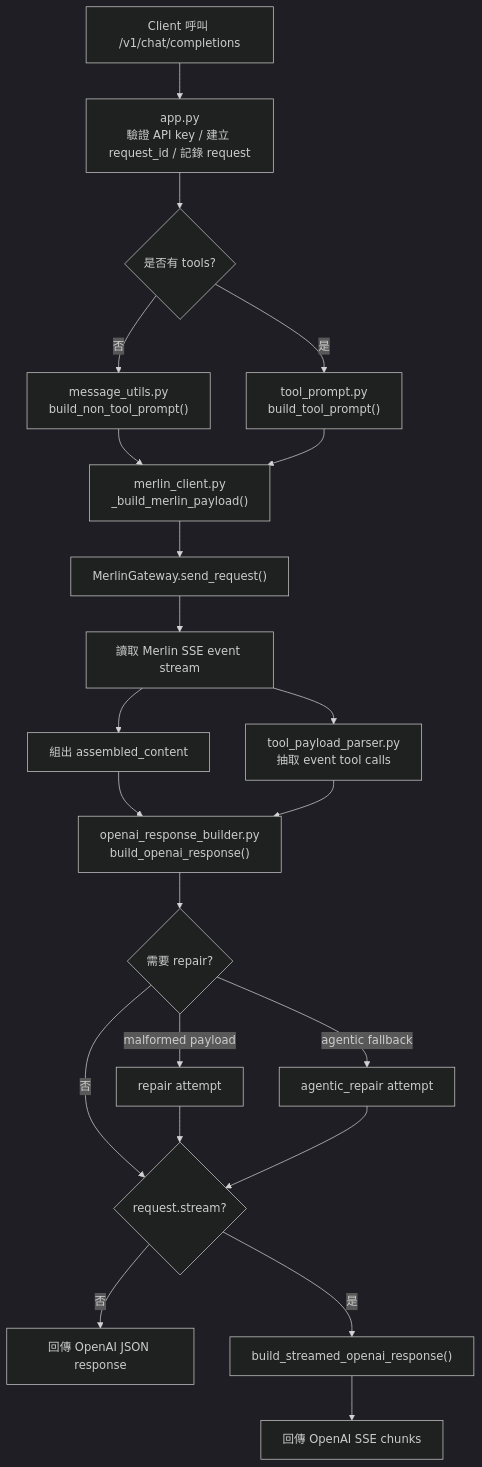
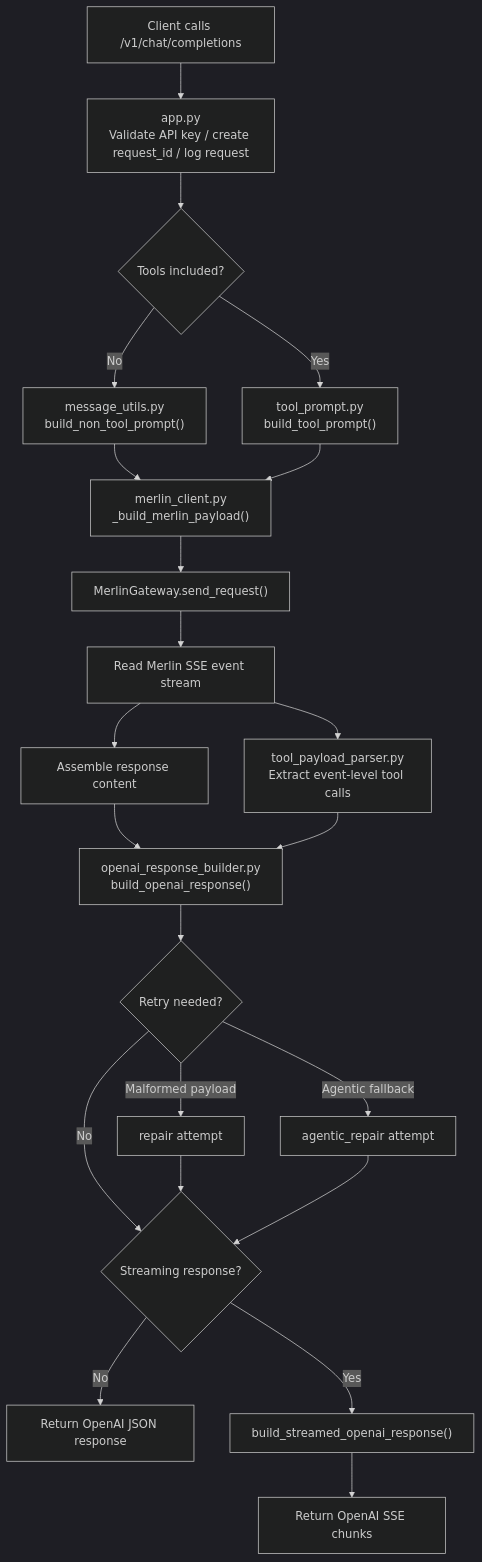
One commit to bigtongue5566/merlinai-adapter-server changed the diagram in docs/architecture-flow.md. Above: the diagram before and after it, drawn with Mermaid (dark theme). The commit also changed other lines of this file and 5 other files, not shown here.

````diff
--- a/docs/architecture-flow.md
+++ b/docs/architecture-flow.md
@@ -28,30 +26,30 @@
 ```mermaid
 flowchart TD
-    A["Client 呼叫 /v1/chat/completions"] --> B["app.py<br/>驗證 API key / 建立 request_id / 記錄 request"]
-    B --> C{"是否有 tools?"}
+    A["Client calls /v1/chat/completions"] --> B["app.py<br/>Validate API key / create request_id / log request"]
+    B --> C{"Tools included?"}
 
-    C -->|否| D["message_utils.py<br/>build_non_tool_prompt()"]
-    C -->|是| E["tool_prompt.py<br/>build_tool_prompt()"]
+    C -->|No| D["message_utils.py<br/>build_non_tool_prompt()"]
+    C -->|Yes| E["tool_prompt.py<br/>build_tool_prompt()"]
 
     D --> F["merlin_client.py<br/>_build_merlin_payload()"]
     E --> F
 
     F --> G["MerlinGateway.send_request()"]
-    G --> H["讀取 Merlin SSE event stream"]
-    H --> I["組出 assembled_content"]
-    H --> J["tool_payload_parser.py<br/>抽取 event tool calls"]
+    G --> H["Read Merlin SSE event stream"]
+    H --> I["Assemble response content"]
+    H --> J["tool_payload_parser.py<br/>Extract event-level tool calls"]
 
     I --> K["openai_response_builder.py<br/>build_openai_response()"]
     J --> K
 
-    K --> L{"需要 repair?"}
-    L -->|malformed payload| M["repair attempt"]
-    L -->|agentic fallback| N["agentic_repair attempt"]
-    L -->|否| O{"request.stream?"}
+    K --> L{"Retry needed?"}
+    L -->|Malformed payload| M["repair attempt"]
+    L -->|Agentic fallback| N["agentic_repair attempt"]
+    L -->|No| O{"Streaming response?"}
     M --> O
     N --> O
 
-    O -->|否| P["回傳 OpenAI JSON response"]
-    O -->|是| Q["build_streamed_openai_response()"]
-    Q --> R["回傳 OpenAI SSE chunks"]
+    O -->|No| P["Return OpenAI JSON response"]
+    O -->|Yes| Q["build_streamed_openai_response()"]
+    Q --> R["Return OpenAI SSE chunks"]
 ```
````
